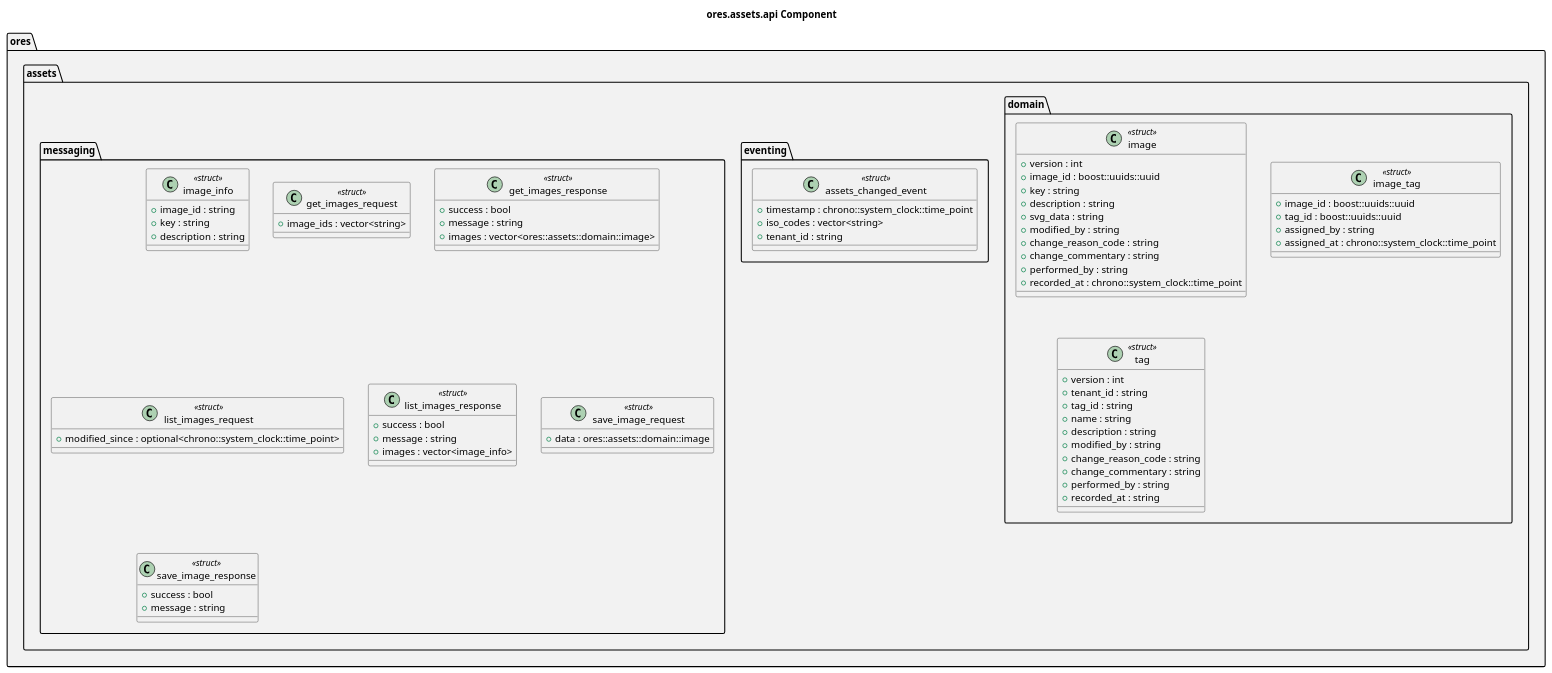
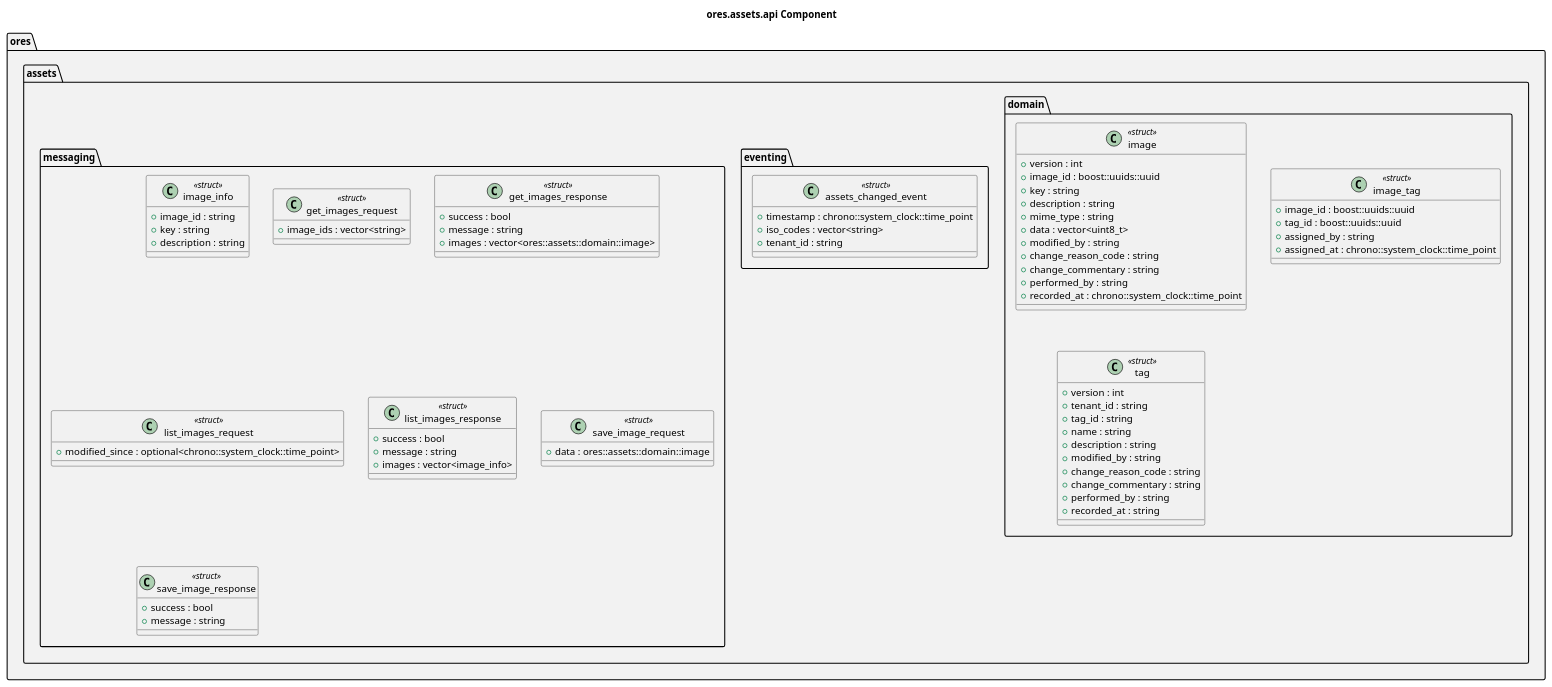
The diagram in projects/ores.assets/api/modeling/ores.assets.api.puml (OreStudio/OreStudio), drawn with PlantUML before and after one commit. The commit also changed 8 other files, not shown here.

First line of the commit message:
[assets,iam,qt,sql] Address review round 1: diagrams, dead code, naming, missing test

```diff
--- a/projects/ores.assets/api/modeling/ores.assets.api.puml
+++ b/projects/ores.assets/api/modeling/ores.assets.api.puml
@@ -18,86 +18,87 @@
 @startuml
 
 title ores.assets.api Component
 
 set namespaceSeparator ::
 
 namespace ores #F2F2F2 {
     namespace assets #F2F2F2 {
         namespace domain #F2F2F2 {
             class image <<struct>> {
                 +version : int
                 +image_id : boost::uuids::uuid
                 +key : string
                 +description : string
-                +svg_data : string
+                +mime_type : string
+                +data : vector<uint8_t>
                 +modified_by : string
                 +change_reason_code : string
                 +change_commentary : string
                 +performed_by : string
                 +recorded_at : chrono::system_clock::time_point
             }
             class image_tag <<struct>> {
                 +image_id : boost::uuids::uuid
                 +tag_id : boost::uuids::uuid
                 +assigned_by : string
                 +assigned_at : chrono::system_clock::time_point
             }
             class tag <<struct>> {
                 +version : int
                 +tenant_id : string
                 +tag_id : string
                 +name : string
                 +description : string
                 +modified_by : string
                 +change_reason_code : string
                 +change_commentary : string
                 +performed_by : string
                 +recorded_at : string
             }
         }
         namespace eventing #F2F2F2 {
             class assets_changed_event <<struct>> {
                 +timestamp : chrono::system_clock::time_point
                 +iso_codes : vector<string>
                 +tenant_id : string
             }
         }
         namespace messaging #F2F2F2 {
             class image_info <<struct>> {
                 +image_id : string
                 +key : string
                 +description : string
             }
             class get_images_request <<struct>> {
                 +image_ids : vector<string>
             }
             class get_images_response <<struct>> {
                 +success : bool
                 +message : string
                 +images : vector<ores::assets::domain::image>
             }
             class list_images_request <<struct>> {
                 +modified_since : optional<chrono::system_clock::time_point>
             }
             class list_images_response <<struct>> {
                 +success : bool
                 +message : string
                 +images : vector<image_info>
             }
             class save_image_request <<struct>> {
                 +data : ores::assets::domain::image
             }
             class save_image_response <<struct>> {
                 +success : bool
                 +message : string
             }
         }
     }
 }
 
 ' --- manual: everything below this line is hand-authored; the script preserves it ---
 
 ' Local Variables:
 ' compile-command: "java -Djava.awt.headless=true -DPLANTUML_SECURITY_PROFILE=UNSECURE -DPLANTUML_LIMIT_SIZE=65535 -jar /usr/share/plantuml/plantuml.jar ores.assets.api.puml"
 ' End:
 @enduml
```
